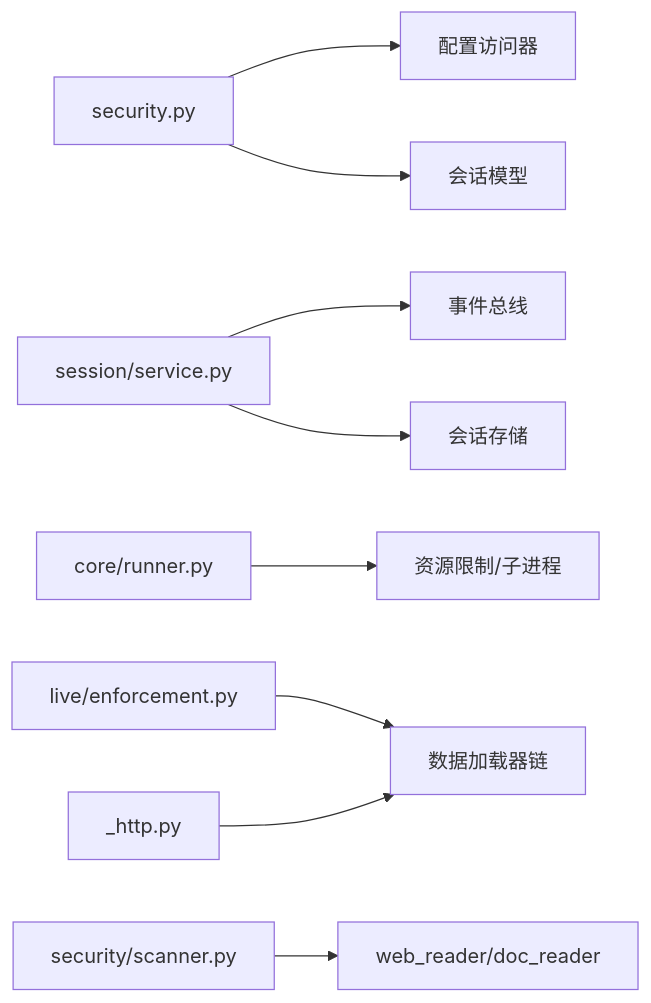
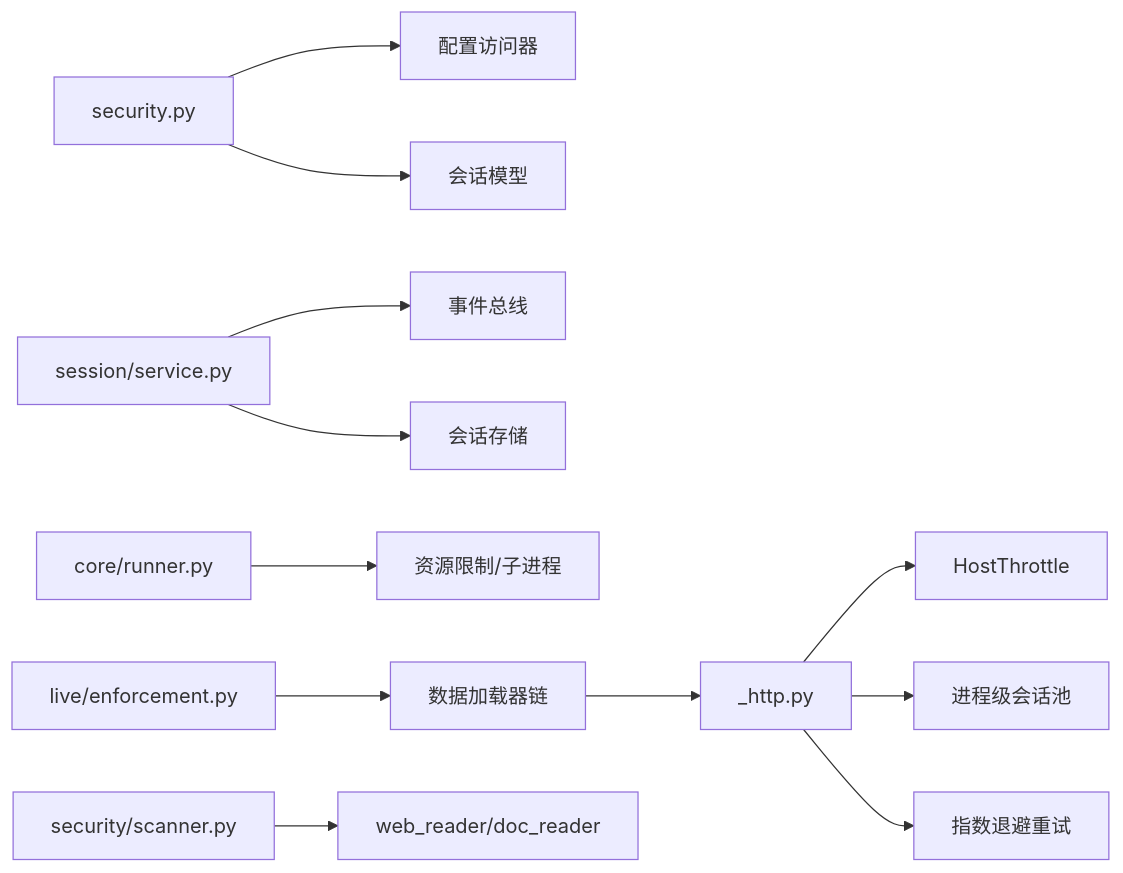
One commit to 20012002er/Vibe-Trading changed the eighth of 8 diagrams in .qoder/repowiki/zh/content/安全系统/安全系统.md. Above: the diagram before and after it, drawn with Mermaid. The commit also changed other lines of this file and 5 other files, not shown here.

````diff
--- a/.qoder/repowiki/zh/content/安全系统/安全系统.md
+++ b/.qoder/repowiki/zh/content/安全系统/安全系统.md
@@ -275,11 +325,14 @@
 ```mermaid
 graph LR
 SEC["security.py"] --> CFG["配置访问器"]
 SEC --> MOD["会话模型"]
 SES["session/service.py"] --> BUS["事件总线"]
 SES --> STORE["会话存储"]
 RUN["core/runner.py"] --> OS["资源限制/子进程"]
 LIVE["live/enforcement.py"] --> LOAD["数据加载器链"]
 SCAN["security/scanner.py"] --> TOOLS["web_reader/doc_reader"]
-HTTP["_http.py"] --> LOAD
+HTTP["_http.py"] --> THROTTLE["HostThrottle"]
+HTTP --> SESSIONS["进程级会话池"]
+HTTP --> RETRY["指数退避重试"]
+LOAD --> HTTP
 ```
````
